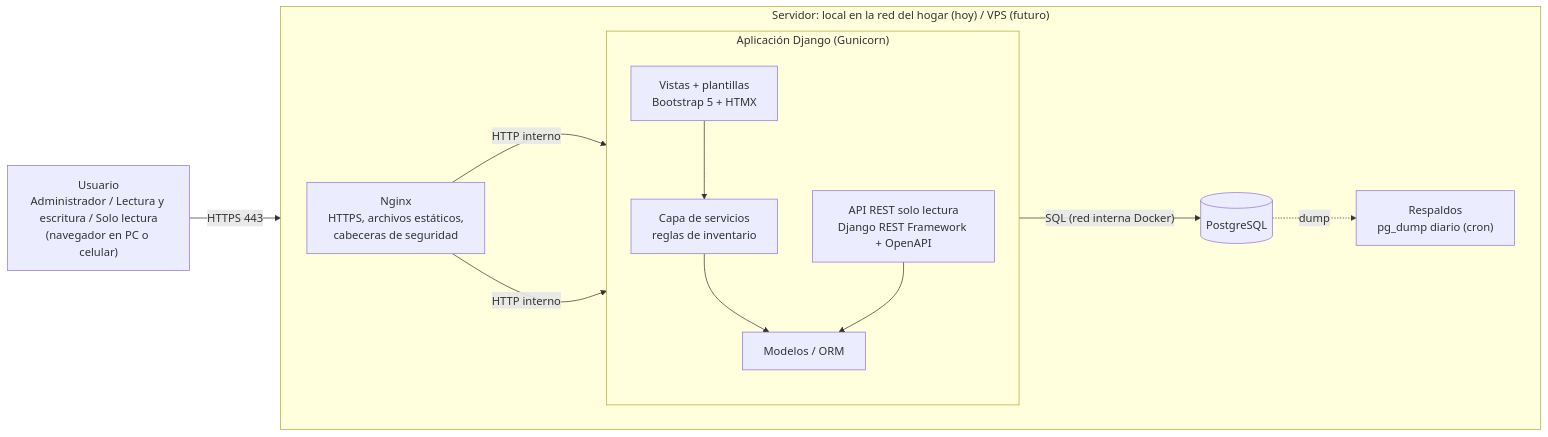
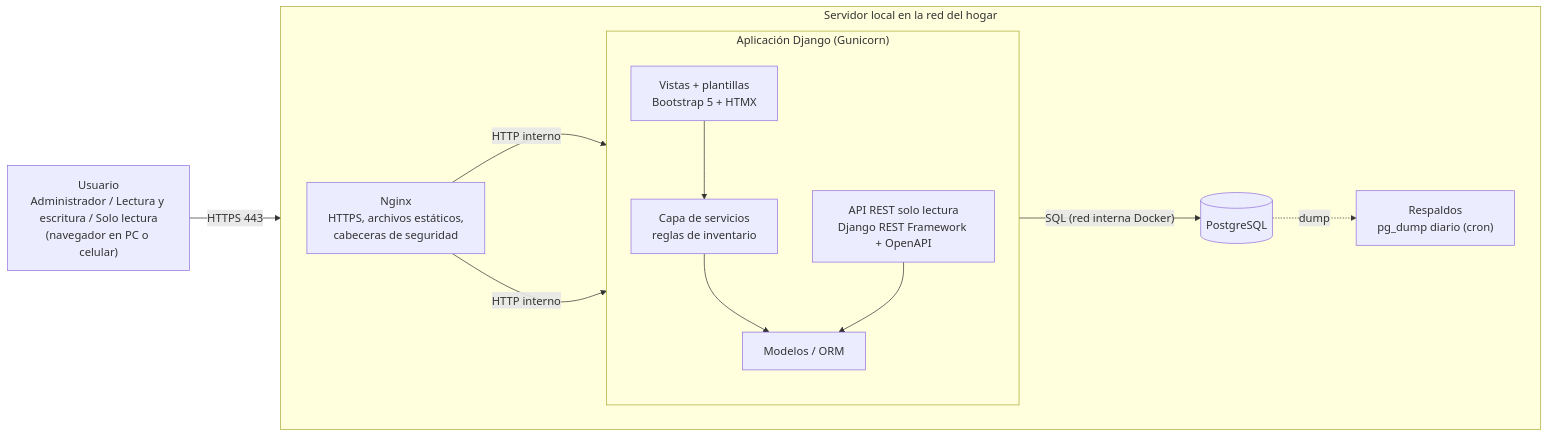
Before and after one commit to victorm007/AI4Devs-finalproject-vmrr: the first of 11 diagrams in 02-arquitectura.md, drawn with Mermaid. The commit also changed other lines of this file and 30 other files, not shown here.

First line of the commit message:
docs: agrega HB-10 (despliegue en el hogar, respaldos y demo local)

````diff
--- a/02-arquitectura.md
+++ b/02-arquitectura.md
@@ -445,25 +445,25 @@
 ```mermaid
 flowchart LR
     U["Usuario<br/>Administrador / Lectura y escritura / Solo lectura<br/>(navegador en PC o celular)"]
-    subgraph SRV["Servidor: local en la red del hogar (hoy) / VPS (futuro)"]
+    subgraph SRV["Servidor local en la red del hogar"]
         direction LR
         NG["Nginx<br/>HTTPS, archivos estáticos,<br/>cabeceras de seguridad"]
         subgraph APP["Aplicación Django (Gunicorn)"]
             direction TB
             WEB["Vistas + plantillas<br/>Bootstrap 5 + HTMX"]
             API["API REST solo lectura<br/>Django REST Framework + OpenAPI"]
             SVC["Capa de servicios<br/>reglas de inventario"]
             MOD["Modelos / ORM"]
             WEB --> SVC
             SVC --> MOD
             API --> MOD
         end
         DB[("PostgreSQL")]
         BK["Respaldos<br/>pg_dump diario (cron)"]
     end
     U -- "HTTPS 443" --> NG
     NG -- "HTTP interno" --> WEB
     NG -- "HTTP interno" --> API
     MOD -- "SQL (red interna Docker)" --> DB
     DB -. "dump" .-> BK
 ```
````
